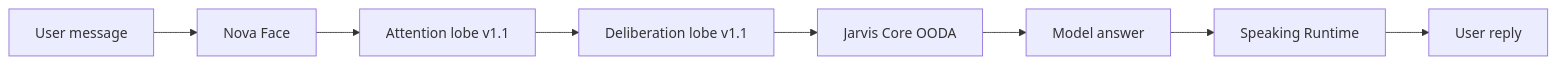
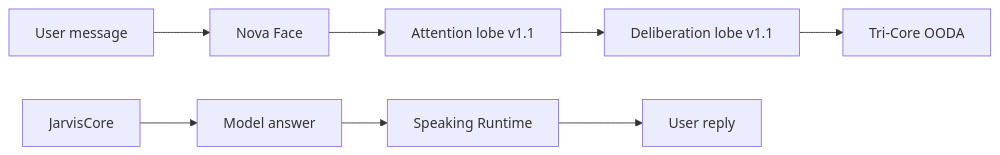
One commit to warheart1984-ctrl/project-infi changed the second of 2 diagrams in docs/runtime/NOVA_CORTEX_WOLF_INTEGRATION.md. Above: the diagram before and after it, drawn with Mermaid. The commit also changed other lines of this file and 2273 other files, not shown here.

````diff
--- a/docs/runtime/NOVA_CORTEX_WOLF_INTEGRATION.md
+++ b/docs/runtime/NOVA_CORTEX_WOLF_INTEGRATION.md
@@ -42,10 +42,10 @@
 ```mermaid
 flowchart LR
   UserMsg[User message] --> NovaFace[Nova Face]
   NovaFace --> Attention[Attention lobe v1.1]
   Attention --> Deliberation[Deliberation lobe v1.1]
-  Deliberation --> JarvisCore[Jarvis Core OODA]
+  Deliberation --> TriCore[Tri-Core OODA]
   JarvisCore --> LLM[Model answer]
   LLM --> Speaking[Speaking Runtime]
   Speaking --> UserReply[User reply]
 ```
````
